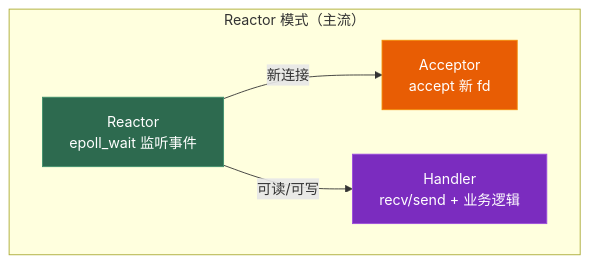
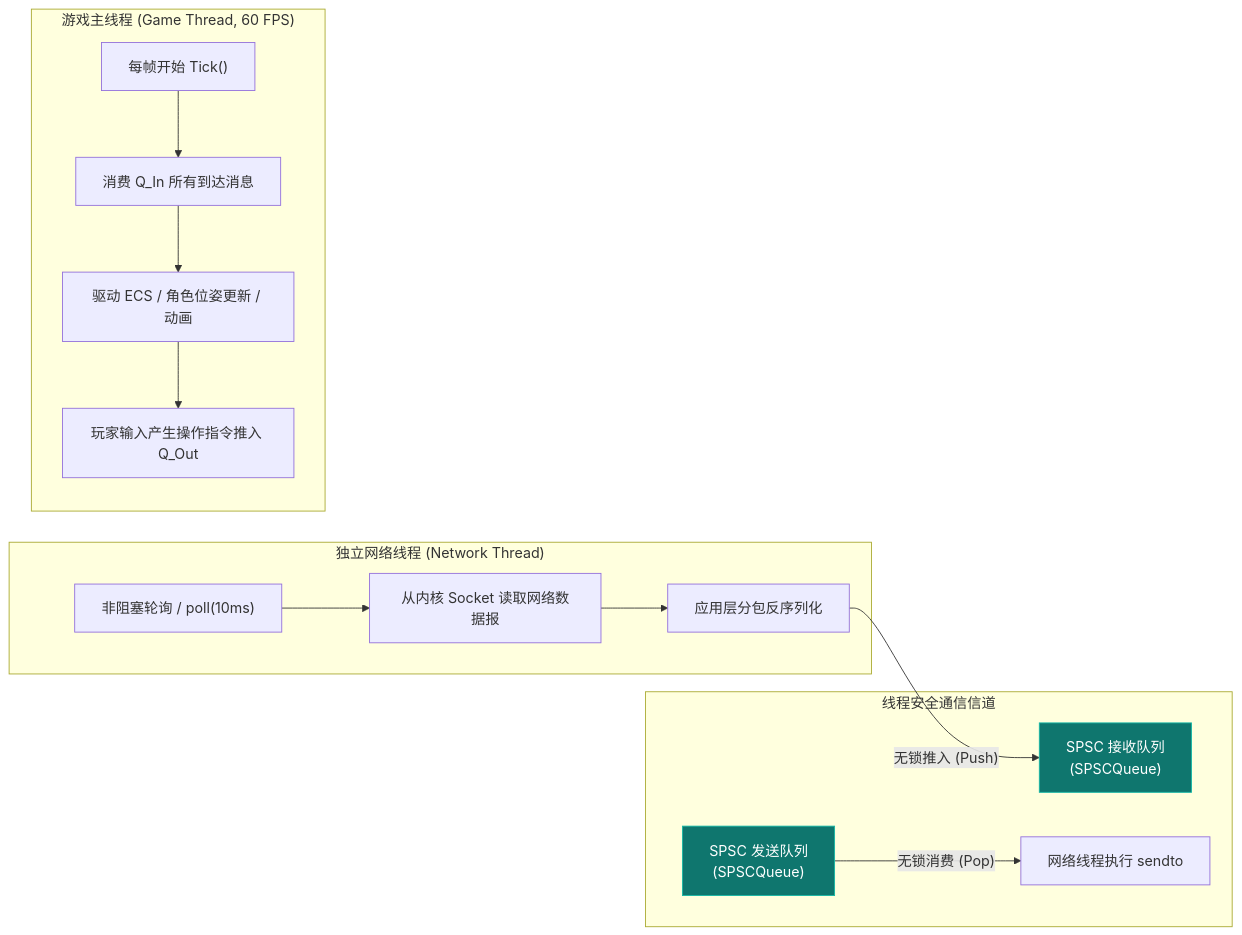
The third of 3 diagrams in src/content/posts/network/05_socket_and_io.md (Lumivers/firefly), drawn with Mermaid before and after one commit. The commit also changed other lines of this file and 18 other files, not shown here.

````diff
--- a/src/content/posts/network/05_socket_and_io.md
+++ b/src/content/posts/network/05_socket_and_io.md
@@ -318,12 +140,21 @@
 ```mermaid
-graph TD
-    subgraph "Reactor 模式（主流）"
-        reactor["Reactor\nepoll_wait 监听事件"]
-        reactor -->|"新连接"| acceptor["Acceptor\naccept 新 fd"]
-        reactor -->|"可读/可写"| handler["Handler\nrecv/send + 业务逻辑"]
+graph LR
+    subgraph "独立网络线程 (Network Thread)"
+        poll_loop["非阻塞轮询 / poll(10ms)"] --> socket_recv["从内核 Socket 读取网络数据报"]
+        socket_recv --> parse["应用层分包反序列化"]
     end
 
-    style reactor fill:#2d6a4f,stroke:#40916c,color:white
-    style acceptor fill:#e85d04,stroke:#f48c06,color:white
-    style handler fill:#7b2cbf,stroke:#9d4edd,color:white
+    subgraph "线程安全通信信道"
+        parse -->|"无锁推入 (Push)"| Q_In["SPSC 接收队列\n(SPSCQueue<NetMessage>)"]
+        Q_Out["SPSC 发送队列\n(SPSCQueue<NetMessage>)"] -->|"无锁消费 (Pop)"| socket_send["网络线程执行 sendto"]
+    end
+
+    subgraph "游戏主线程 (Game Thread, 60 FPS)"
+        tick["每帧开始 Tick()"] --> poll_q["消费 Q_In 所有到达消息"]
+        poll_q --> gameplay["驱动 ECS / 角色位姿更新 / 动画"]
+        gameplay --> push_out["玩家输入产生操作指令推入 Q_Out"]
+    end
+
+    style Q_In fill:#0f766e,stroke:#14b8a6,color:white
+    style Q_Out fill:#0f766e,stroke:#14b8a6,color:white
 ```
````
